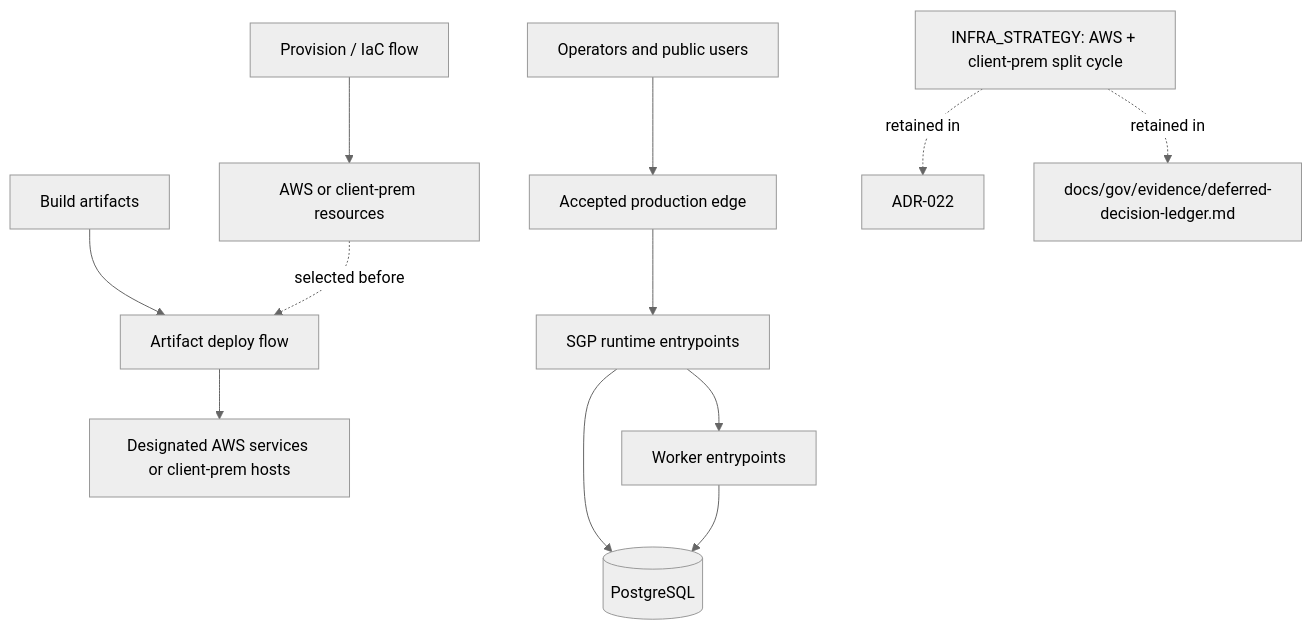
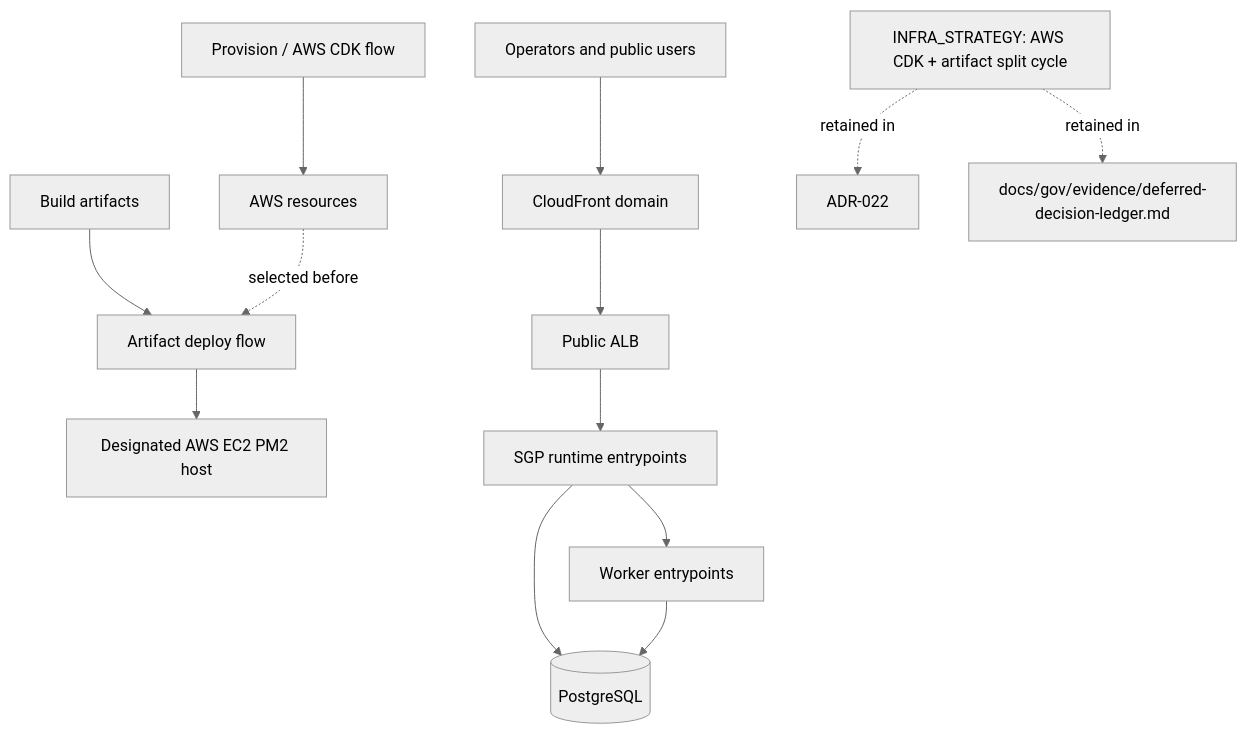
The fourth of 4 diagrams in docs/eng/architecture.md (aarusso-nyx/sgp), drawn with Mermaid (neutral theme) before and after one commit. The commit also changed other lines of this file and 79 other files, not shown here.

Commit message:
feat: implement SGP production readiness tranches

````diff
--- a/docs/eng/architecture.md
+++ b/docs/eng/architecture.md
@@ -133,14 +133,15 @@
 ```mermaid
 flowchart TB
-  Provision[Provision / IaC flow] --> Resources[AWS or client-prem resources]
+  Provision[Provision / AWS CDK flow] --> Resources[AWS resources]
   Build[Build artifacts] --> Deploy[Artifact deploy flow]
-  Deploy --> Targets[Designated AWS services or client-prem hosts]
-  Users[Operators and public users] --> Edge[Accepted production edge]
-  Edge --> Api[SGP runtime entrypoints]
+  Deploy --> Targets[Designated AWS EC2 PM2 host]
+  Users[Operators and public users] --> Edge[CloudFront domain]
+  Edge --> Alb[Public ALB]
+  Alb --> Api[SGP runtime entrypoints]
   Api --> Db[(PostgreSQL)]
   Api --> Workers[Worker entrypoints]
   Workers --> Db
   Resources -. selected before .-> Deploy
-  Infra[INFRA_STRATEGY: AWS + client-prem split cycle] -. retained in .-> ADR[ADR-022]
+  Infra[INFRA_STRATEGY: AWS CDK + artifact split cycle] -. retained in .-> ADR[ADR-022]
   Infra -. retained in .-> Ledger[docs/gov/evidence/deferred-decision-ledger.md]
 ```
````
